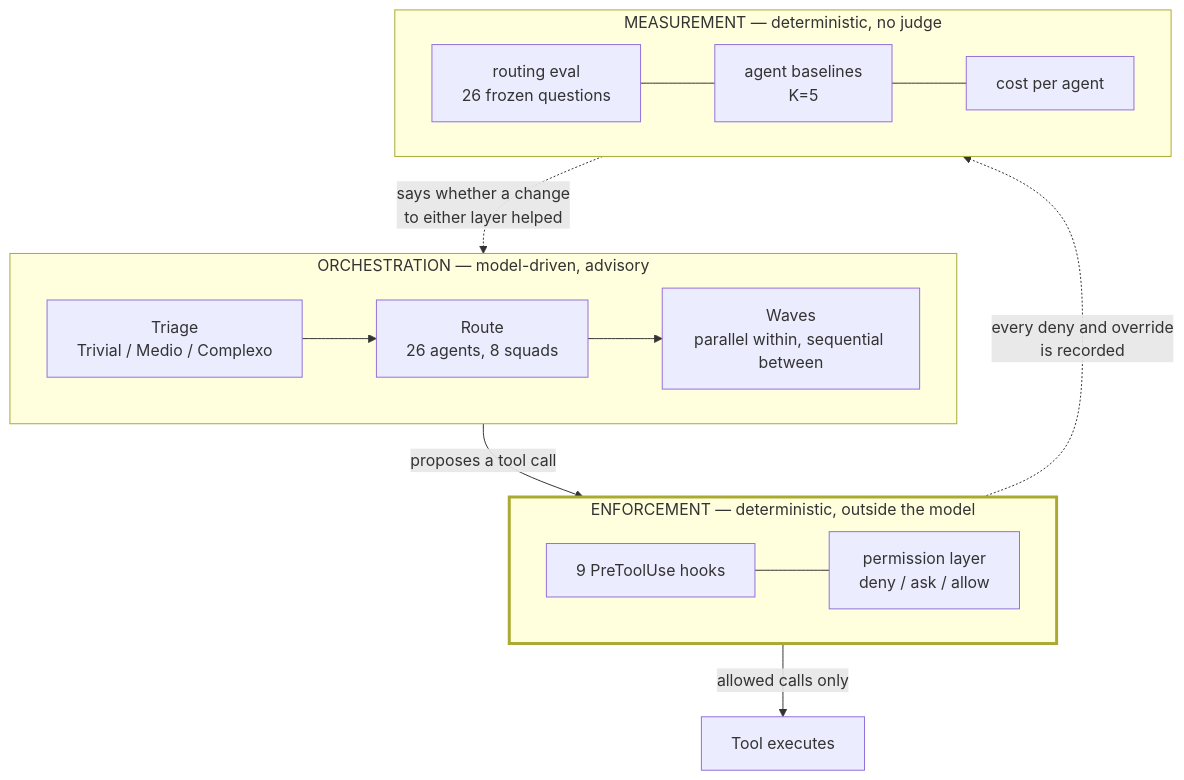
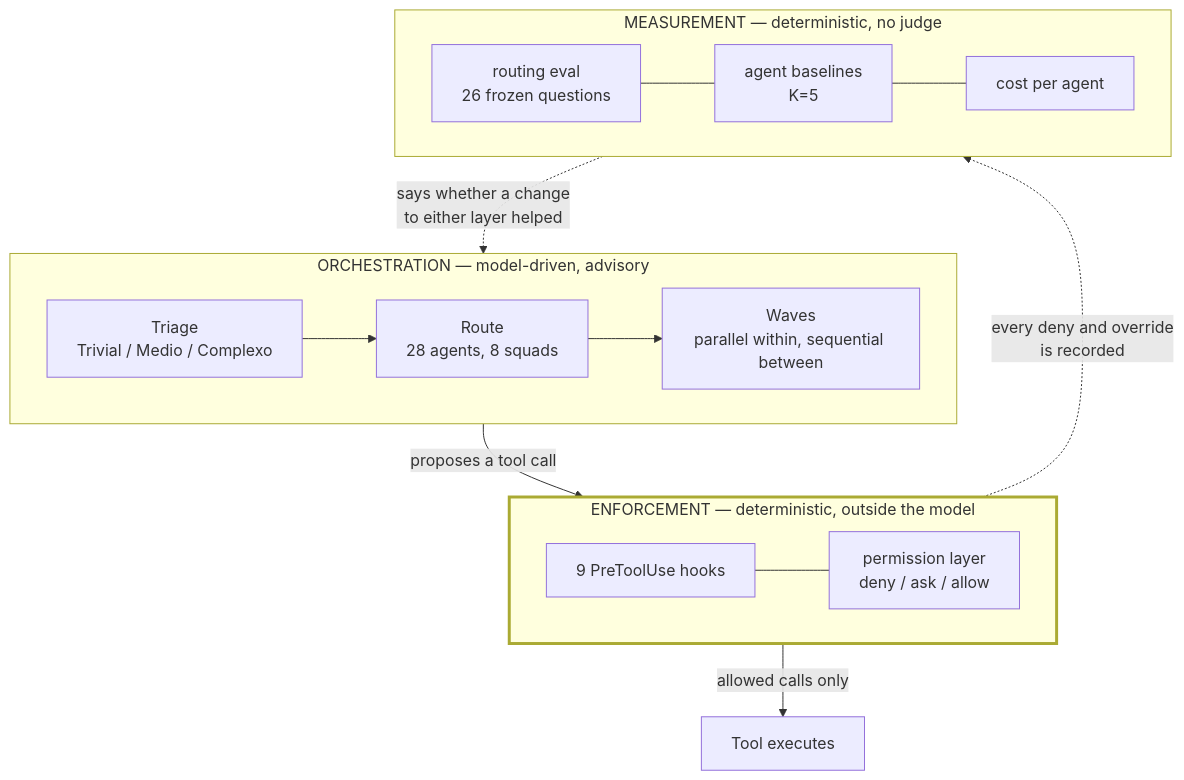
One commit to Pl3ntz/quarterdeck changed the first of 3 diagrams in docs/ARCHITECTURE.md. Above: the diagram before and after it, drawn with Mermaid. The commit also changed other lines of this file and 3 other files, not shown here.

````diff
--- a/docs/ARCHITECTURE.md
+++ b/docs/ARCHITECTURE.md
@@ -17,24 +17,24 @@
 ```mermaid
 flowchart TB
     subgraph ORC["ORCHESTRATION — model-driven, advisory"]
         direction LR
-        O1["Triage<br/>Trivial / Medio / Complexo"] --> O2["Route<br/>26 agents, 8 squads"] --> O3["Waves<br/>parallel within, sequential between"]
+        O1["Triage<br/>Trivial / Medio / Complexo"] --> O2["Route<br/>28 agents, 8 squads"] --> O3["Waves<br/>parallel within, sequential between"]
     end
 
     subgraph ENF["ENFORCEMENT — deterministic, outside the model"]
         direction LR
         E1["9 PreToolUse hooks"] --- E2["permission layer<br/>deny / ask / allow"]
     end
 
     subgraph MEA["MEASUREMENT — deterministic, no judge"]
         direction LR
         M1["routing eval<br/>26 frozen questions"] --- M2["agent baselines<br/>K=5"] --- M3["cost per agent"]
     end
 
     ORC -->|"proposes a tool call"| ENF
     ENF -->|"allowed calls only"| EXEC["Tool executes"]
     ENF -.->|"every deny and override<br/>is recorded"| MEA
     MEA -.->|"says whether a change<br/>to either layer helped"| ORC
 
     style ENF stroke-width:3px
 ```
````
